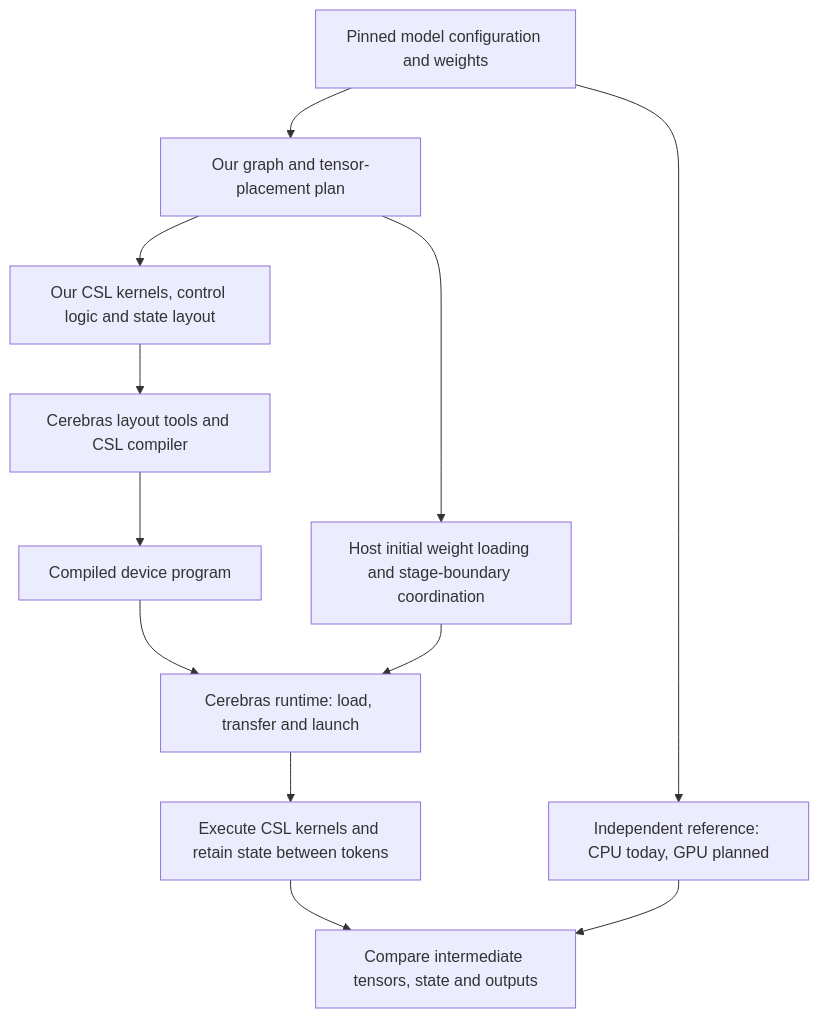
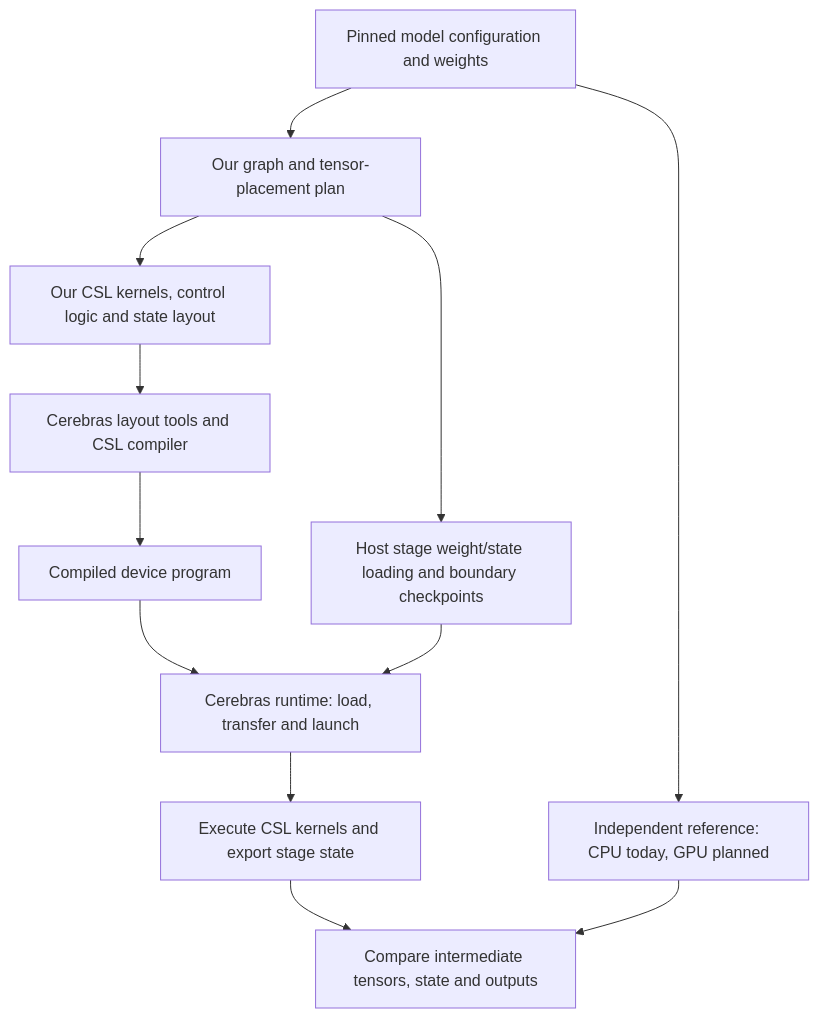
The first of 2 diagrams in README.md (lingzhi227/csl-llm-sdk), drawn with Mermaid before and after one commit. The commit also changed other lines of this file and 28 other files, not shown here.

````diff
--- a/README.md
+++ b/README.md
@@ -11,14 +11,14 @@
 ```mermaid
 flowchart TB
     Model["Pinned model configuration and weights"] --> Plan["Our graph and tensor-placement plan"]
     Plan --> DeviceSource["Our CSL kernels, control logic and state layout"]
     DeviceSource --> Compiler["Cerebras layout tools and CSL compiler"]
     Compiler --> Binary["Compiled device program"]
-    Plan --> Host["Host initial weight loading and stage-boundary coordination"]
+    Plan --> Host["Host stage weight/state loading and boundary checkpoints"]
     Binary --> Runtime["Cerebras runtime: load, transfer and launch"]
     Host --> Runtime
-    Runtime --> Execute["Execute CSL kernels and retain state between tokens"]
+    Runtime --> Execute["Execute CSL kernels and export stage state"]
     Model --> Reference["Independent reference: CPU today, GPU planned"]
     Execute --> Compare["Compare intermediate tensors, state and outputs"]
     Reference --> Compare
 ```
````
